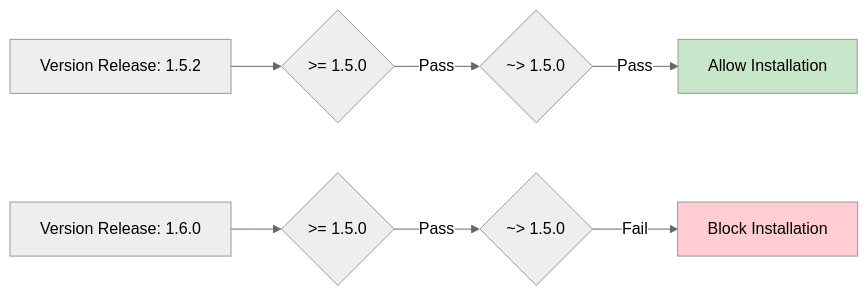
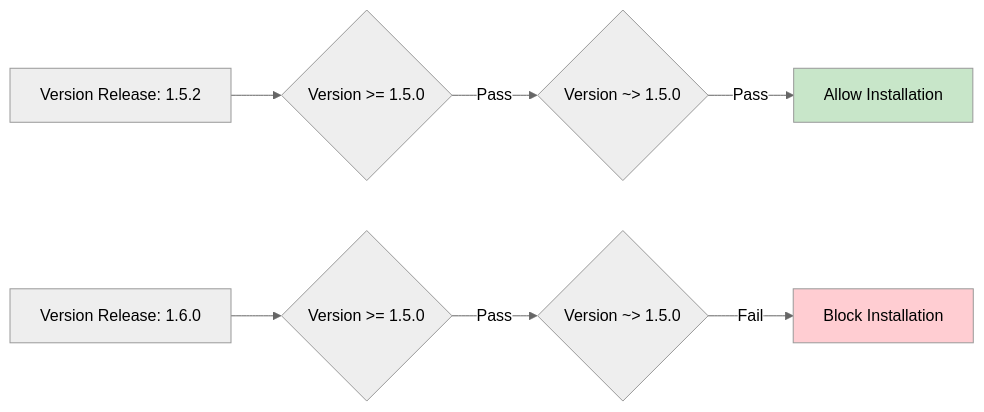
One commit to Ganil151/Devops changed the tenth of 11 diagrams in 2-Intermediate/03-Terraform/01-Fundamentals/04-Configuration-Language/Expressions.md. Above: the diagram before and after it, drawn with Mermaid (neutral theme). The commit also changed other lines of this file and 2 other files, not shown here.

````diff
--- a/2-Intermediate/03-Terraform/01-Fundamentals/04-Configuration-Language/Expressions.md
+++ b/2-Intermediate/03-Terraform/01-Fundamentals/04-Configuration-Language/Expressions.md
@@ -737,13 +731,13 @@
 ```mermaid
 graph LR
-    V[Version Release: 1.5.2] --> C1{">= 1.5.0"}
-    C1 -- Pass --> C2{"~> 1.5.0"}
+    V[Version Release: 1.5.2] --> C1{"Version >= 1.5.0"}
+    C1 -- Pass --> C2{"Version ~> 1.5.0"}
     C2 -- Pass --> Install[Allow Installation]
 
-    V2[Version Release: 1.6.0] --> C3{">= 1.5.0"}
-    C3 -- Pass --> C4{"~> 1.5.0"}
+    V2[Version Release: 1.6.0] --> C3{"Version >= 1.5.0"}
+    C3 -- Pass --> C4{"Version ~> 1.5.0"}
     C4 -- Fail --> Block[Block Installation]
 
     style Install fill:#c8e6c9
     style Block fill:#ffcdd2
 ```
````
